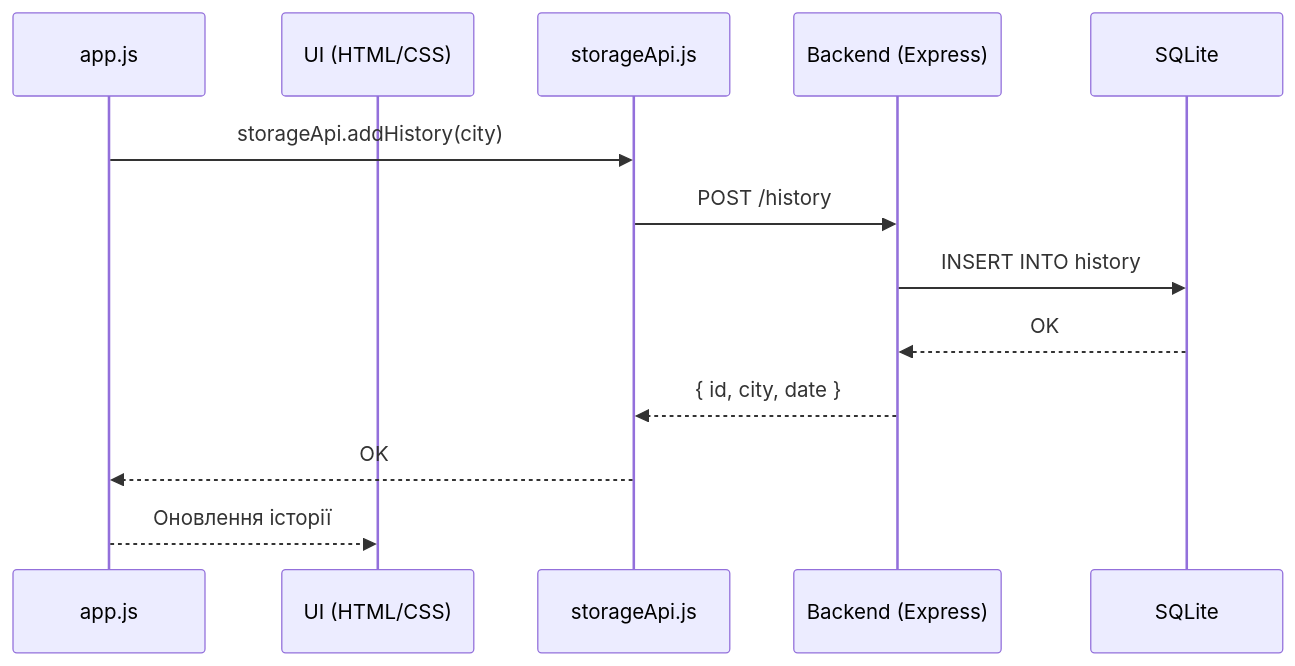
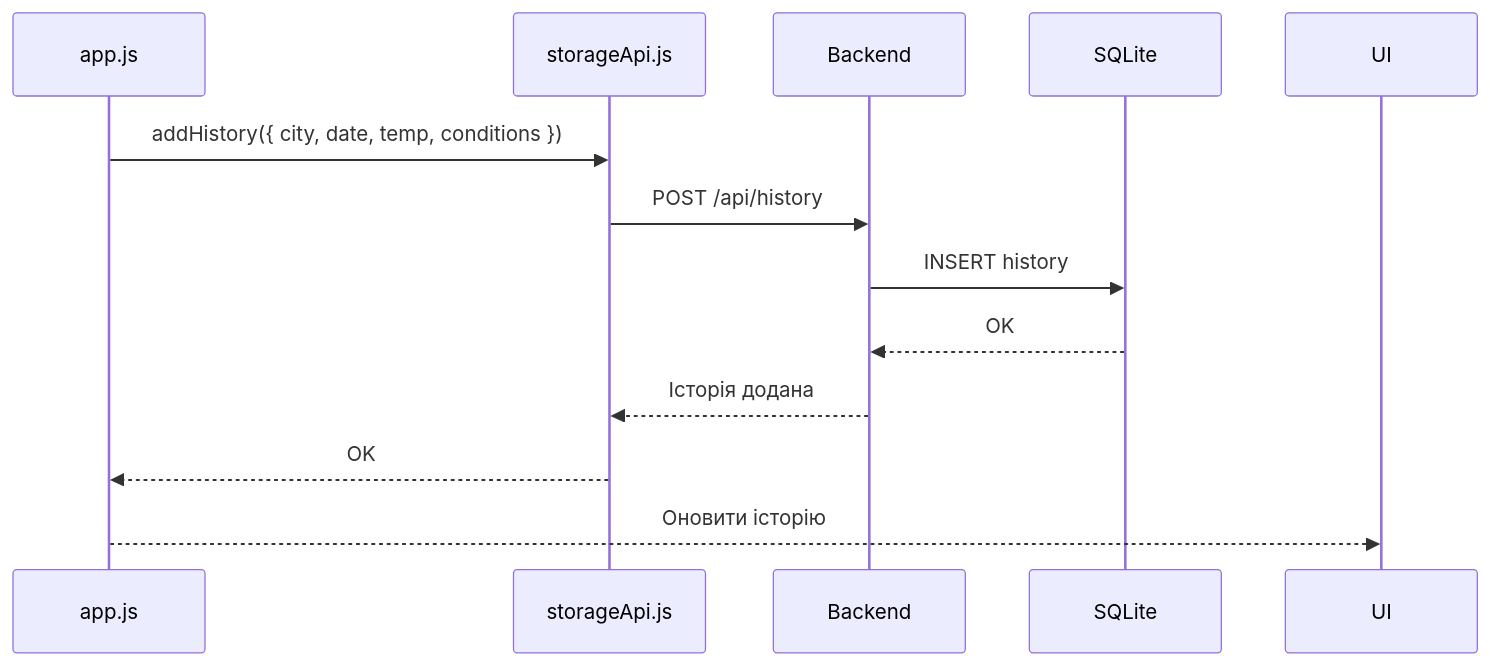
The fourth of 4 diagrams in docs/architecture.md (Qudass/NodeWeather), drawn with Mermaid before and after one commit. The commit also changed other lines of this file and 1 other file, not shown here.

Commit message:
docs: update architecture and data model diagrams

````diff
--- a/docs/architecture.md
+++ b/docs/architecture.md
@@ -132,16 +95,16 @@
 ```mermaid
 sequenceDiagram
     participant App as app.js
-    participant UI as UI (HTML/CSS)
     participant SA as storageApi.js
-    participant BE as Backend (Express)
+    participant BE as Backend
     participant DB as SQLite
+    participant UI as UI
 
-    App->>SA: storageApi.addHistory(city)
-    SA->>BE: POST /history
-    BE->>DB: INSERT INTO history
+    App->>SA: addHistory({ city, date, temp, conditions })
+    SA->>BE: POST /api/history
+    BE->>DB: INSERT history
     DB-->>BE: OK
-    BE-->>SA: { id, city, date }
+    BE-->>SA: Історія додана
     SA-->>App: OK
-    App-->>UI: Оновлення історії
+    App-->>UI: Оновити історію
 ```
````
